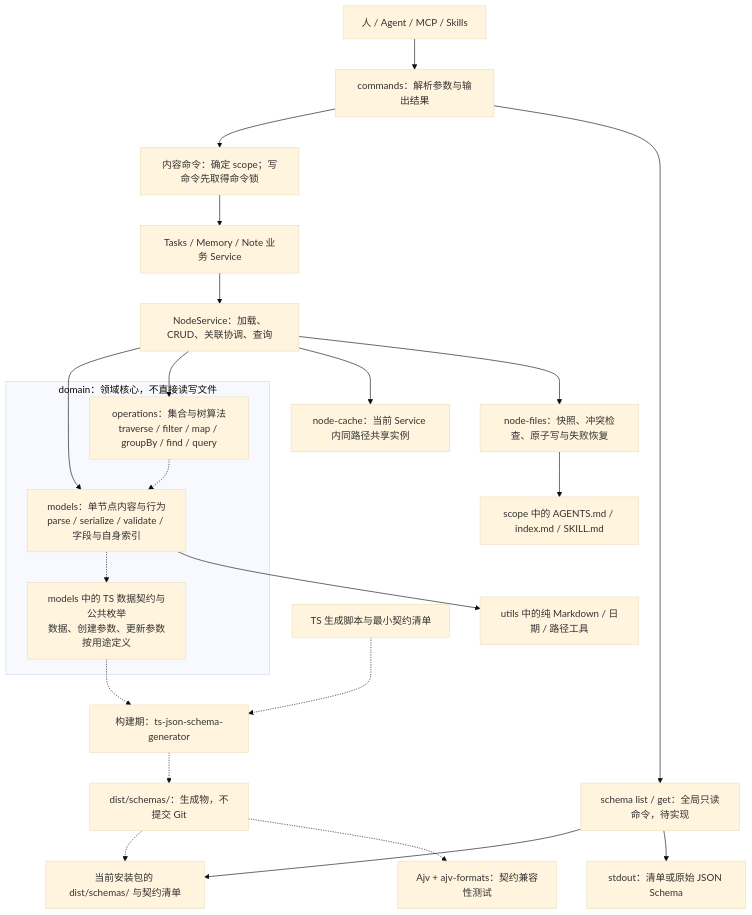
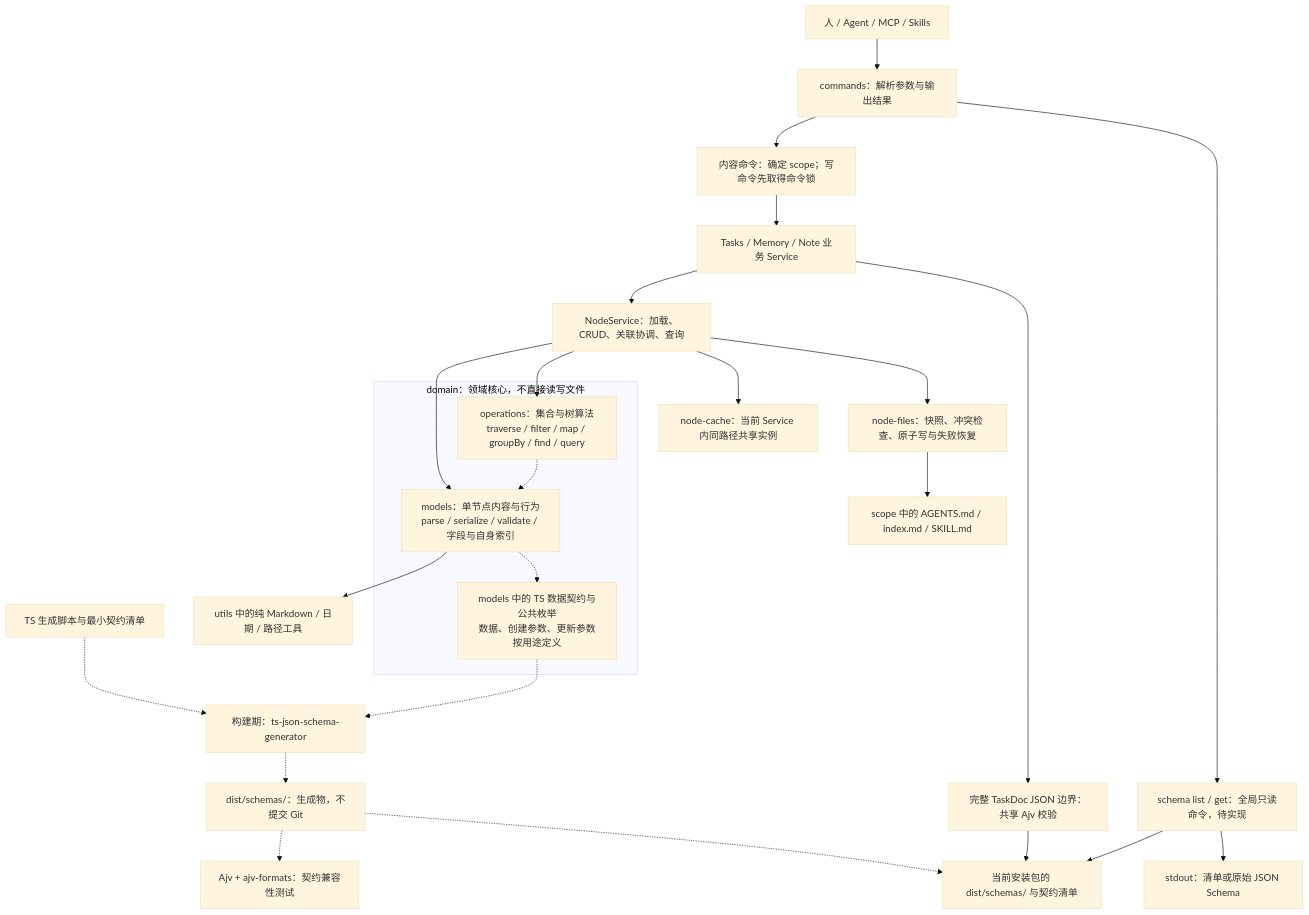
Before and after one commit to VirusPC/edges: the first of 2 diagrams in docs/superpowers/plans/2026-10-06-shared-node-capabilities.md, drawn with Mermaid (base theme). The commit also changed other lines of this file, not shown here.

````diff
--- a/docs/superpowers/plans/2026-10-06-shared-node-capabilities.md
+++ b/docs/superpowers/plans/2026-10-06-shared-node-capabilities.md
@@ -54,31 +54,33 @@
 ```mermaid
 flowchart TD
     Client["人 / Agent / MCP / Skills"] --> CLI["commands：解析参数与输出结果"]
     CLI --> Scope["内容命令：确定 scope；写命令先取得命令锁"]
     Scope --> Business["Tasks / Memory / Note 业务 Service"]
     Business --> NS["NodeService：加载、CRUD、关联协调、查询"]
+    Business --> InputValidation["完整 TaskDoc JSON 边界：共享 Ajv 校验"]
 
     subgraph Domain["domain：领域核心，不直接读写文件"]
         Models["models：单节点内容与行为<br/>parse / serialize / validate / 字段与自身索引"]
         Contracts["models 中的 TS 数据契约与公共枚举<br/>数据、创建参数、更新参数按用途定义"]
         Ops["operations：集合与树算法<br/>traverse / filter / map / groupBy / find / query"]
         Models -.-> Contracts
         Ops -.-> Models
     end
 
     NS --> Models
     NS --> Ops
     NS --> Cache["node-cache：当前 Service 内同路径共享实例"]
     NS --> IO["node-files：快照、冲突检查、原子写与失败恢复"]
     IO --> Content["scope 中的 AGENTS.md / index.md / SKILL.md"]
     Models --> Pure["utils 中的纯 Markdown / 日期 / 路径工具"]
 
     CLI --> Schema["schema list / get：全局只读命令，待实现"]
     Schema --> Built["当前安装包的 dist/schemas/ 与契约清单"]
+    InputValidation --> Built
     Contracts -.-> Generator["构建期：ts-json-schema-generator"]
     Script["TS 生成脚本与最小契约清单"] -.-> Generator
     Generator -.-> Artifacts["dist/schemas/：生成物，不提交 Git"]
     Artifacts -.-> Built
     Artifacts -.-> Check["Ajv + ajv-formats：契约兼容性测试"]
     Schema --> JSON["stdout：清单或原始 JSON Schema"]
 ```
````
